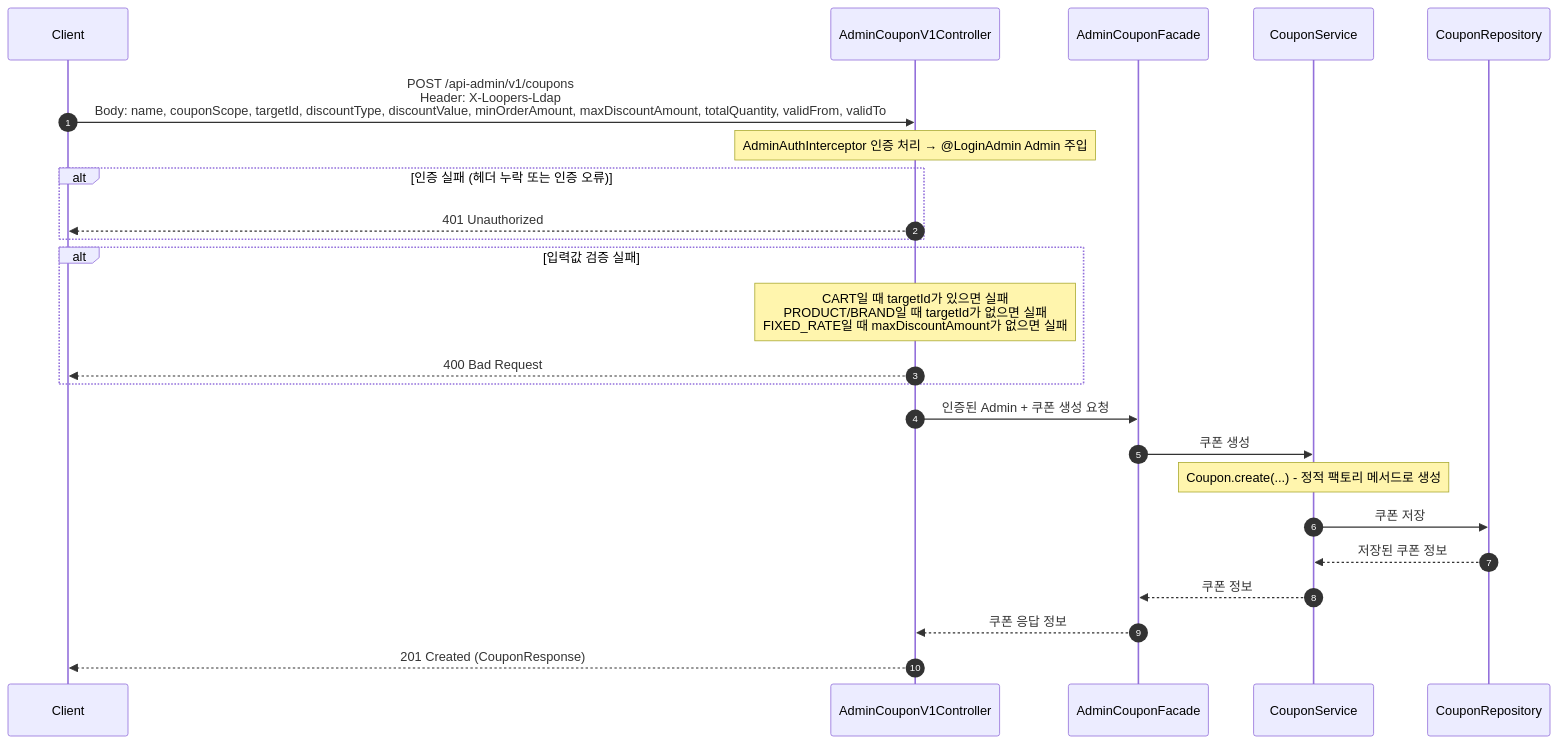
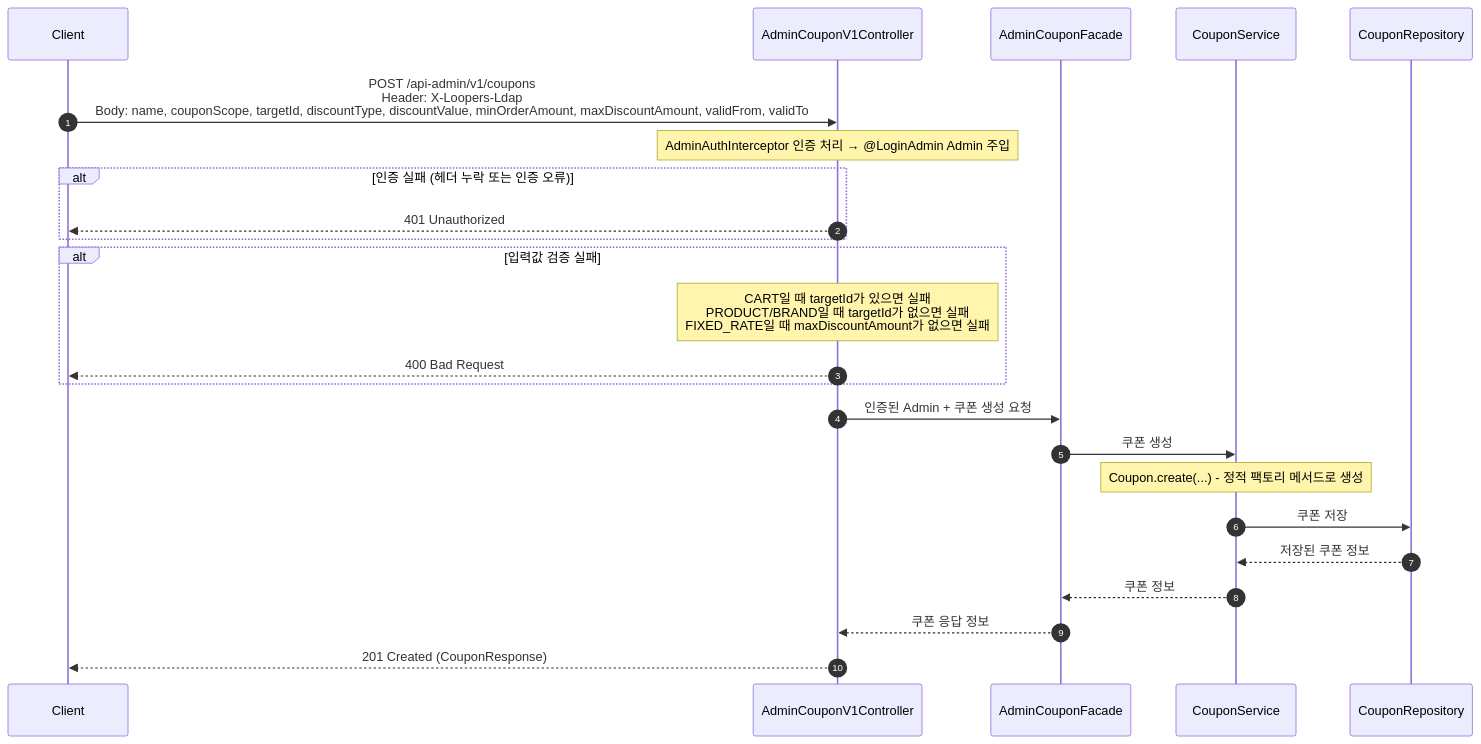
One commit to jsj1215/loop-pack-be-l2-vol3-java changed diagram 24 of 29 in docs/design/02-sequence-diagrams.md. Above: the diagram before and after it, drawn with Mermaid. The commit also changed other lines of this file and 3 other files, not shown here.

````diff
--- a/docs/design/02-sequence-diagrams.md
+++ b/docs/design/02-sequence-diagrams.md
@@ -1259,30 +1212,30 @@
 ```mermaid
 sequenceDiagram
     autonumber
     participant Client
     participant Controller as AdminCouponV1Controller
     participant Facade as AdminCouponFacade
     participant Service as CouponService
     participant Repository as CouponRepository
 
-    Client->>Controller: POST /api-admin/v1/coupons<br/>Header: X-Loopers-Ldap<br/>Body: name, couponScope, targetId, discountType, discountValue, minOrderAmount, maxDiscountAmount, totalQuantity, validFrom, validTo
+    Client->>Controller: POST /api-admin/v1/coupons<br/>Header: X-Loopers-Ldap<br/>Body: name, couponScope, targetId, discountType, discountValue, minOrderAmount, maxDiscountAmount, validFrom, validTo
 
     Note over Controller: AdminAuthInterceptor 인증 처리 → @LoginAdmin Admin 주입
     alt 인증 실패 (헤더 누락 또는 인증 오류)
         Controller-->>Client: 401 Unauthorized
     end
 
     alt 입력값 검증 실패
         Note over Controller: CART일 때 targetId가 있으면 실패<br/>PRODUCT/BRAND일 때 targetId가 없으면 실패<br/>FIXED_RATE일 때 maxDiscountAmount가 없으면 실패
         Controller-->>Client: 400 Bad Request
     end
 
     Controller->>Facade: 인증된 Admin + 쿠폰 생성 요청
     Facade->>Service: 쿠폰 생성
     Note over Service: Coupon.create(...) - 정적 팩토리 메서드로 생성
     Service->>Repository: 쿠폰 저장
     Repository-->>Service: 저장된 쿠폰 정보
     Service-->>Facade: 쿠폰 정보
     Facade-->>Controller: 쿠폰 응답 정보
     Controller-->>Client: 201 Created (CouponResponse)
 ```
````
